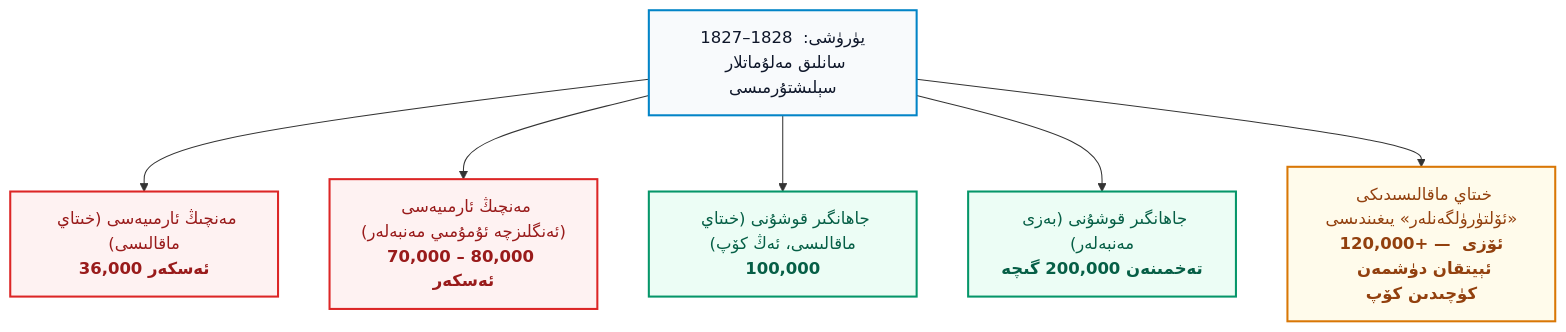
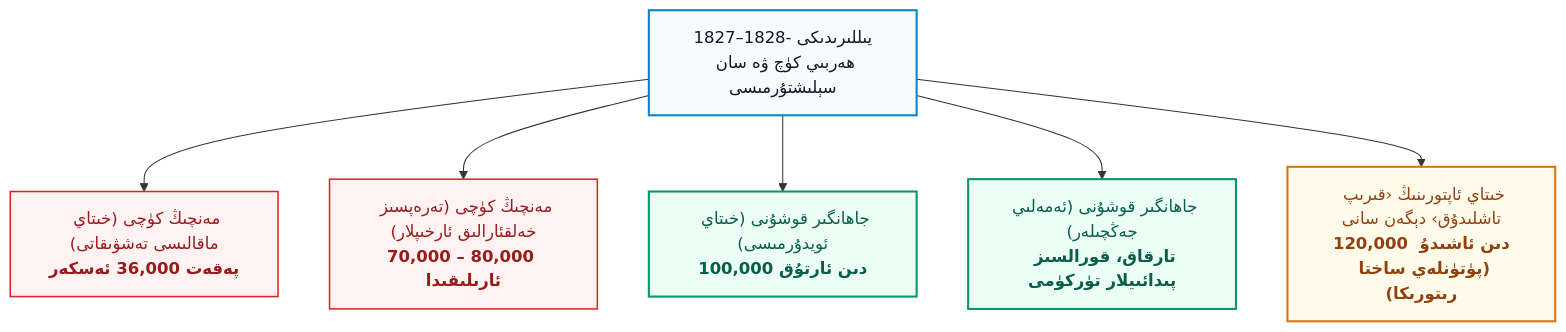
Before and after one commit to UyCoder/paydilar: the third of 4 diagrams in _posts/2026-10-24-Jahangir-Hoja-Qozghilingi-We-Sherqiy-Turkistan.md, drawn with Mermaid. The commit also changed other lines of this file and 2 other files, not shown here.

````diff
--- a/_posts/2026-10-24-Jahangir-Hoja-Qozghilingi-We-Sherqiy-Turkistan.md
+++ b/_posts/2026-10-24-Jahangir-Hoja-Qozghilingi-We-Sherqiy-Turkistan.md
@@ -132,14 +133,14 @@
 ```mermaid
 flowchart TD
     classDef title fill:#f8fafc,stroke:#0284c7,stroke-width:2px,color:#0f172a;
-    classDef qing fill:#fef2f2,stroke:#dc2626,stroke-width:2px,color:#991b1b;
+    classDef qing fill:#fef2f2,stroke:#dc2626,stroke-width:1.5px,color:#991b1b;
     classDef rebel fill:#ecfdf5,stroke:#059669,stroke-width:2px,color:#065f46;
     classDef warn fill:#fffbeb,stroke:#d97706,stroke-width:2px,color:#92400e;
 
-    Main["1827–1828 يۈرۈشى: سانلىق مەلۇماتلار سېلىشتۇرمىسى"]:::title
-    Main --> Q1["مەنچىڭ ئارمىيەسى (خىتاي ماقالىسى)<br/><b>36,000 ئەسكەر</b>"]:::qing
-    Main --> Q2["مەنچىڭ ئارمىيەسى (ئەنگلىزچە ئۇمۇمىي مەنبەلەر)<br/><b>70,000 – 80,000 ئەسكەر</b>"]:::qing
-    Main --> R1["جاھانگىر قوشۇنى (خىتاي ماقالىسى، ئەڭ كۆپ)<br/><b>100,000</b>"]:::rebel
-    Main --> R2["جاھانگىر قوشۇنى (بەزى مەنبەلەر)<br/><b>تەخمىنەن 200,000 گىچە</b>"]:::rebel
-    Main --> W["خىتاي ماقالىسىدىكى «ئۆلتۈرۈلگەنلەر» يىغىندىسى<br/><b>120,000+ — ئۆزى ئېيتقان دۈشمەن كۈچىدىن كۆپ</b>"]:::warn
+    Main["1827–1828-يىللىرىدىكى ھەربىي كۈچ ۋە سان سېلىشتۇرمىسى"]:::title
+    Main --> Q1["مەنچىڭ كۈچى (خىتاي ماقالىسى تەشۋىقاتى)<br/><b>پەقەت 36,000 ئەسكەر</b>"]:::qing
+    Main --> Q2["مەنچىڭ كۈچى (تەرەپسىز خەلقئارالىق ئارخىپلار)<br/><b>70,000 – 80,000 ئارىلىقىدا</b>"]:::qing
+    Main --> R1["جاھانگىر قوشۇنى (خىتاي ئويدۇرمىسى)<br/><b>100,000 دىن ئارتۇق</b>"]:::rebel
+    Main --> R2["جاھانگىر قوشۇنى (ئەمەلىي جەڭچىلەر)<br/><b>تارقاق، قورالسىز پىدائىيلار تۈركۈمى</b>"]:::rebel
+    Main --> W["خىتاي ئاپتورىنىڭ ‹قىرىپ تاشلىدۇق› دېگەن سانى<br/><b>120,000 دىن ئاشىدۇ (پۈتۈنلەي ساختا رىتورىكا)</b>"]:::warn
 ```
````
